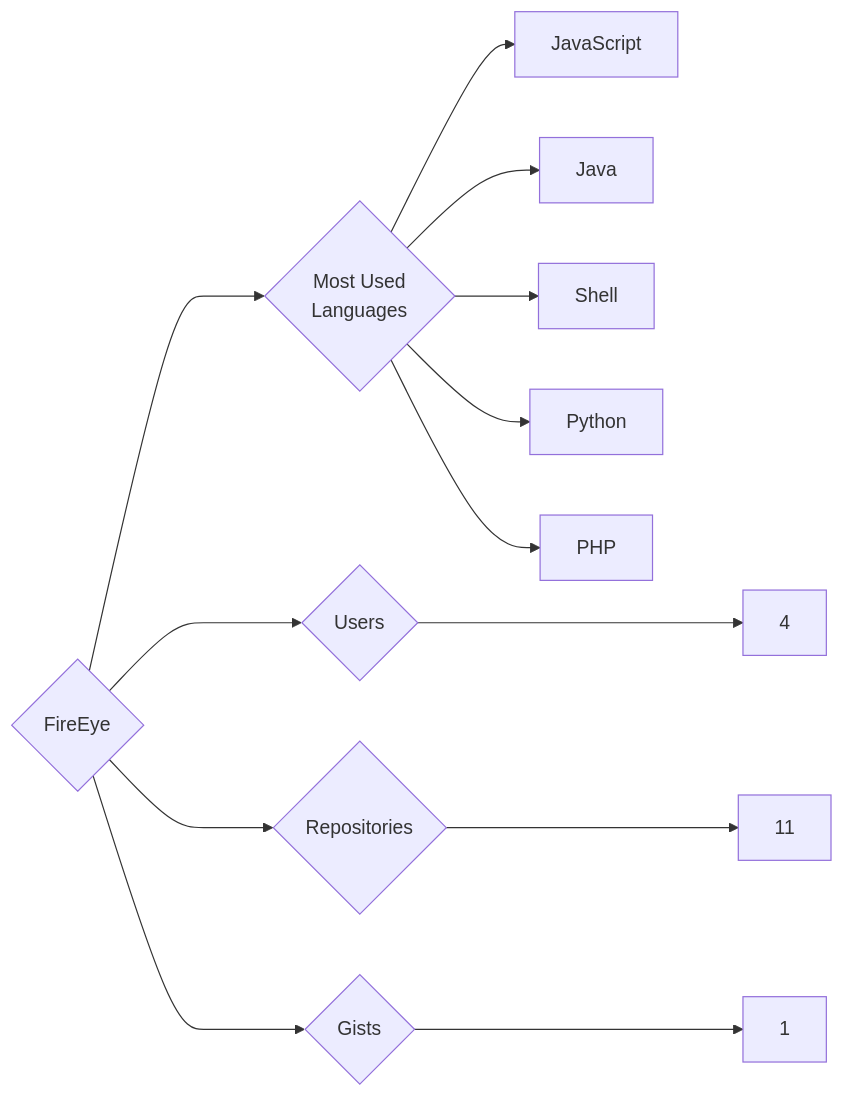
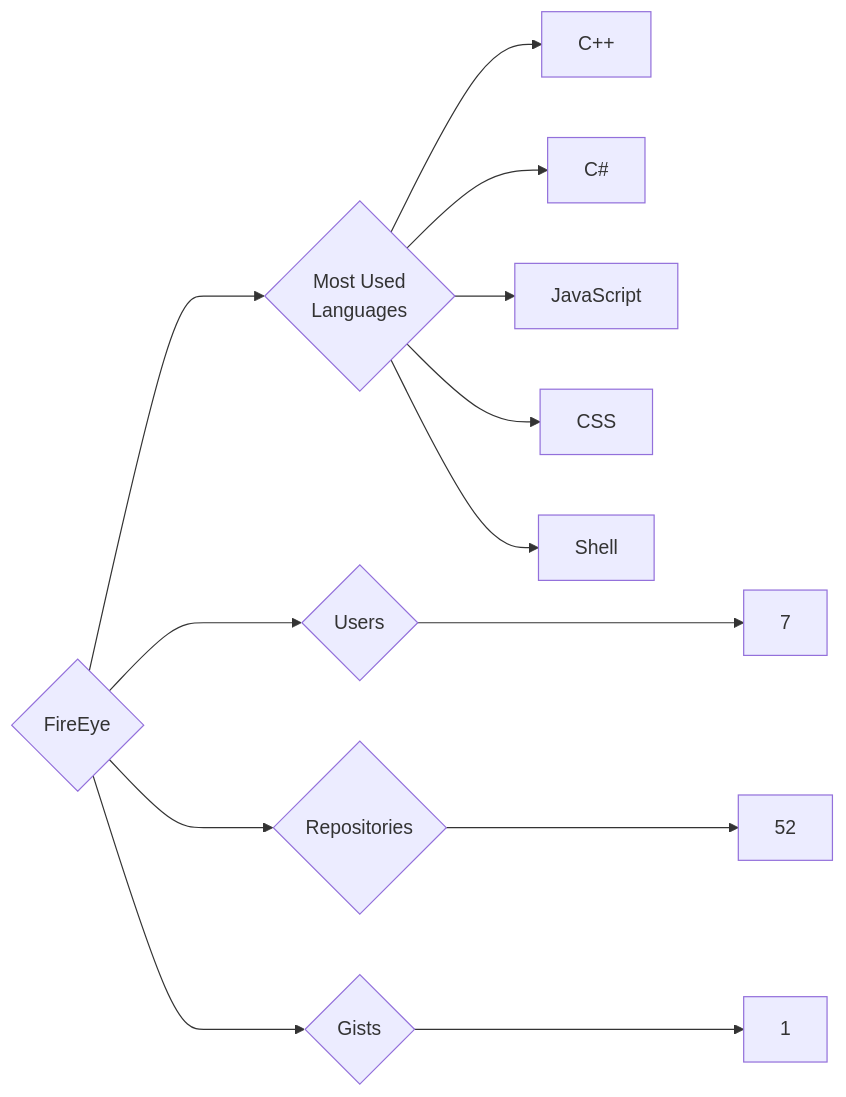
The diagram in targets/FireEye/README.md (trickest/insiders), drawn with Mermaid before and after one commit. The commit also changed 993 other files, not shown here.

````diff
--- a/targets/FireEye/README.md
+++ b/targets/FireEye/README.md
@@ -3,13 +3,13 @@
 ```mermaid
 graph LR
 COMPANY_NAME{FireEye}
-COMPANY_NAME ---> U{Users} ---> UN[4]
-COMPANY_NAME ---> R{Repositories} ---> RN[11]
+COMPANY_NAME ---> U{Users} ---> UN[7]
+COMPANY_NAME ---> R{Repositories} ---> RN[52]
 COMPANY_NAME ---> G{Gists} ---> GN[1]
 COMPANY_NAME ---> ML{Most Used<br>Languages}
+ML --> C++[C++]
+ML --> C#[C#]
 ML --> JavaScript[JavaScript]
-ML --> Java[Java]
+ML --> CSS[CSS]
 ML --> Shell[Shell]
-ML --> Python[Python]
-ML --> PHP[PHP]
 ```
````
